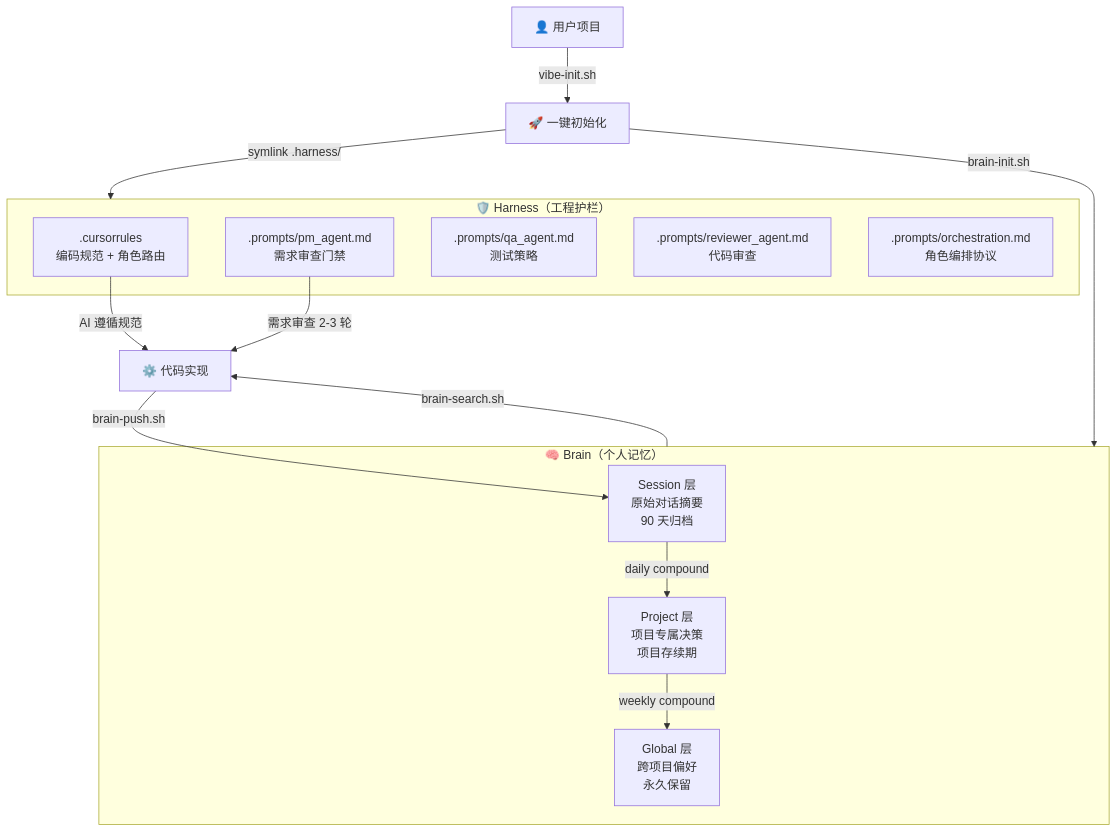
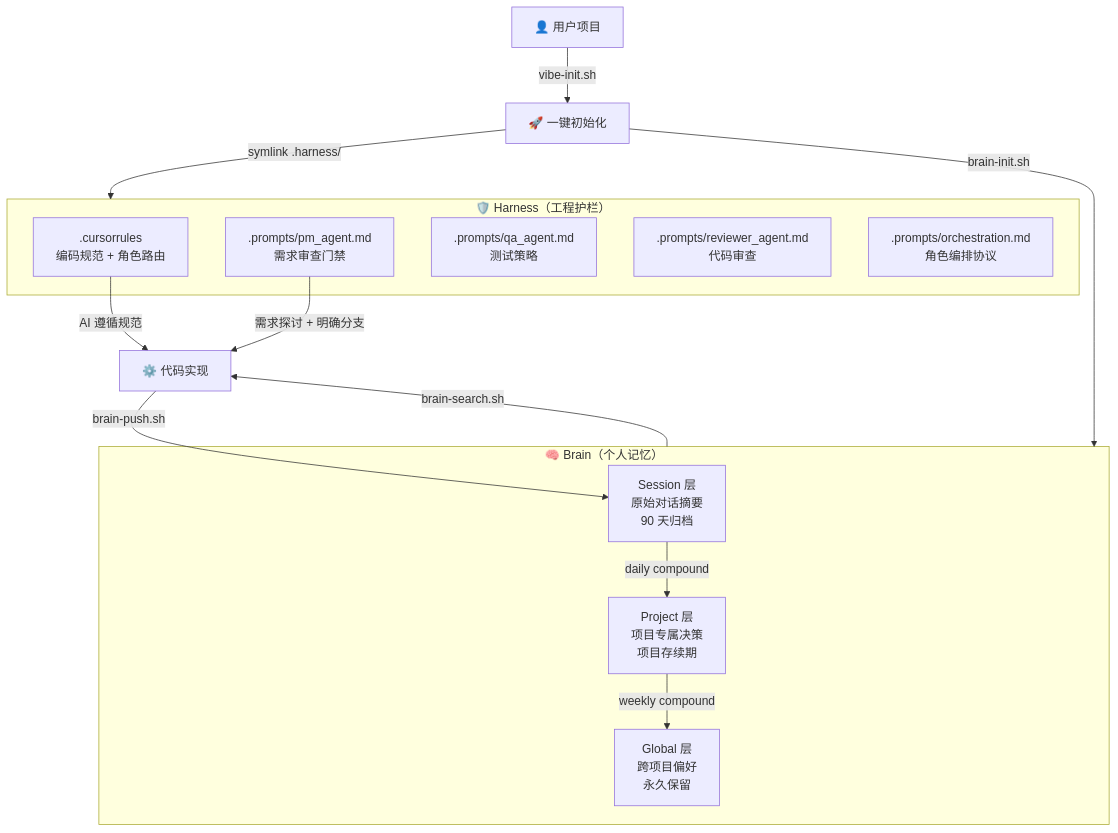
One commit to MickMi/mick_harness_rules changed the diagram in README.md. Above: the diagram before and after it, drawn with Mermaid. The commit also changed other lines of this file and 4 other files, not shown here.

````diff
--- a/README.md
+++ b/README.md
@@ -118,27 +118,27 @@
 ```mermaid
 flowchart TD
     subgraph Harness["🛡️ Harness（工程护栏）"]
         CR[".cursorrules<br/>编码规范 + 角色路由"]
         PM[".prompts/pm_agent.md<br/>需求审查门禁"]
         QA[".prompts/qa_agent.md<br/>测试策略"]
         RV[".prompts/reviewer_agent.md<br/>代码审查"]
         OC[".prompts/orchestration.md<br/>角色编排协议"]
     end
 
     subgraph Brain["🧠 Brain（个人记忆）"]
         S["Session 层<br/>原始对话摘要<br/>90 天归档"]
         P["Project 层<br/>项目专属决策<br/>项目存续期"]
         G["Global 层<br/>跨项目偏好<br/>永久保留"]
         S -->|"daily compound"| P
         P -->|"weekly compound"| G
     end
 
     User["👤 用户项目"] -->|"vibe-init.sh"| Init["🚀 一键初始化"]
     Init -->|"symlink .harness/"| Harness
     Init -->|"brain-init.sh"| Brain
 
     CR -->|"AI 遵循规范"| Code["⚙️ 代码实现"]
-    PM -->|"需求审查 2-3 轮"| Code
+    PM -->|"需求探讨 + 明确分支"| Code
     Brain -->|"brain-search.sh"| Code
     Code -->|"brain-push.sh"| S
 ```
````
